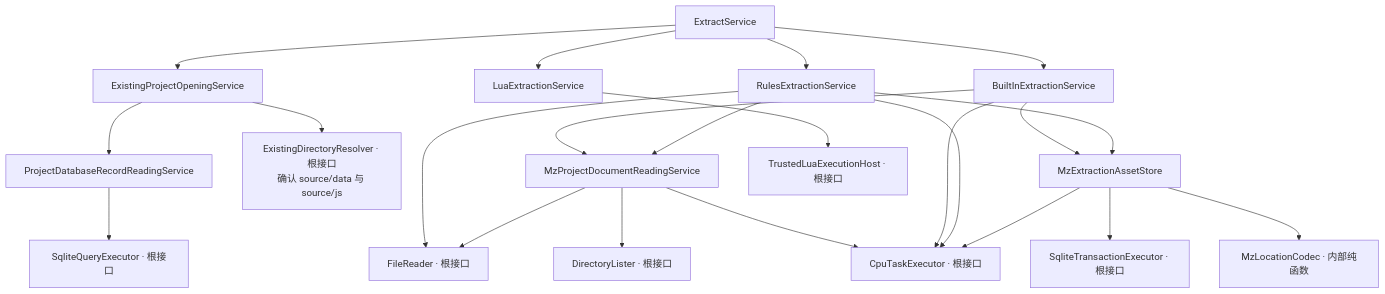
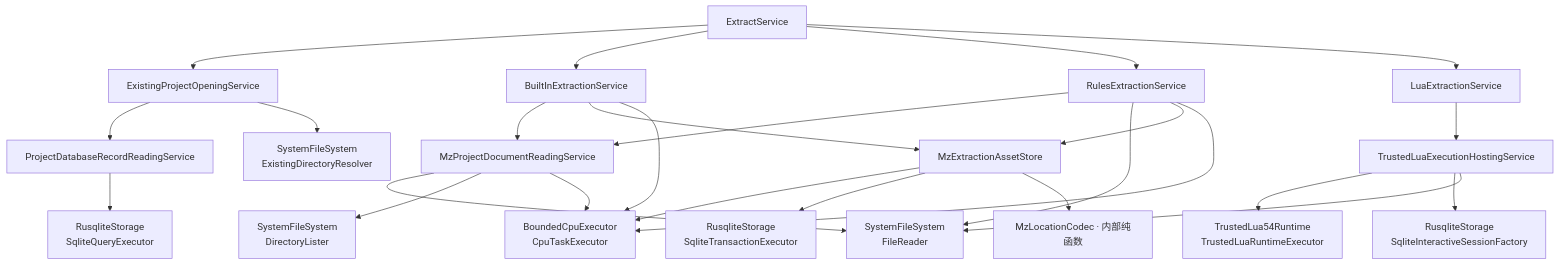
The diagram in docs/specs/mz-extraction.md (OYcedar/att-mz), drawn with Mermaid before and after one commit. The commit also changed other lines of this file and 81 other files, not shown here.

````diff
--- a/docs/specs/mz-extraction.md
+++ b/docs/specs/mz-extraction.md
@@ -294,28 +293,31 @@
 ```mermaid
 flowchart TD
     ES["ExtractService"] --> OS["ExistingProjectOpeningService"]
     ES --> BS["BuiltInExtractionService"]
     ES --> RS["RulesExtractionService"]
     ES --> LS["LuaExtractionService"]
 
     OS --> PR["ProjectDatabaseRecordReadingService"]
-    OS --> EDR["ExistingDirectoryResolver · 根接口<br/>确认 source/data 与 source/js"]
-    PR --> SQ["SqliteQueryExecutor · 根接口"]
+    OS --> EDR["SystemFileSystem<br/>ExistingDirectoryResolver"]
+    PR --> SQ["RusqliteStorage<br/>SqliteQueryExecutor"]
 
     BS --> DR["MzProjectDocumentReadingService"]
     RS --> DR
-    RS --> FR["FileReader · 根接口"]
+    RS --> FR["SystemFileSystem<br/>FileReader"]
     DR --> FR
-    DR --> DL["DirectoryLister · 根接口"]
-    DR --> CPU["CpuTaskExecutor · 根接口"]
+    DR --> DL["SystemFileSystem<br/>DirectoryLister"]
+    DR --> CPU["BoundedCpuExecutor<br/>CpuTaskExecutor"]
 
     BS --> STORE["MzExtractionAssetStore"]
     RS --> STORE
     BS --> CPU
     RS --> CPU
     STORE --> CPU
-    STORE --> ST["SqliteTransactionExecutor · 根接口"]
+    STORE --> ST["RusqliteStorage<br/>SqliteTransactionExecutor"]
     STORE --> LC["MzLocationCodec · 内部纯函数"]
 
-    LS --> LUA["TrustedLuaExecutionHost · 根接口"]
+    LS --> HOST["TrustedLuaExecutionHostingService"]
+    HOST --> LUA["TrustedLua54Runtime<br/>TrustedLuaRuntimeExecutor"]
+    HOST --> SESSION["RusqliteStorage<br/>SqliteInteractiveSessionFactory"]
+    HOST --> FR
 ```
````
